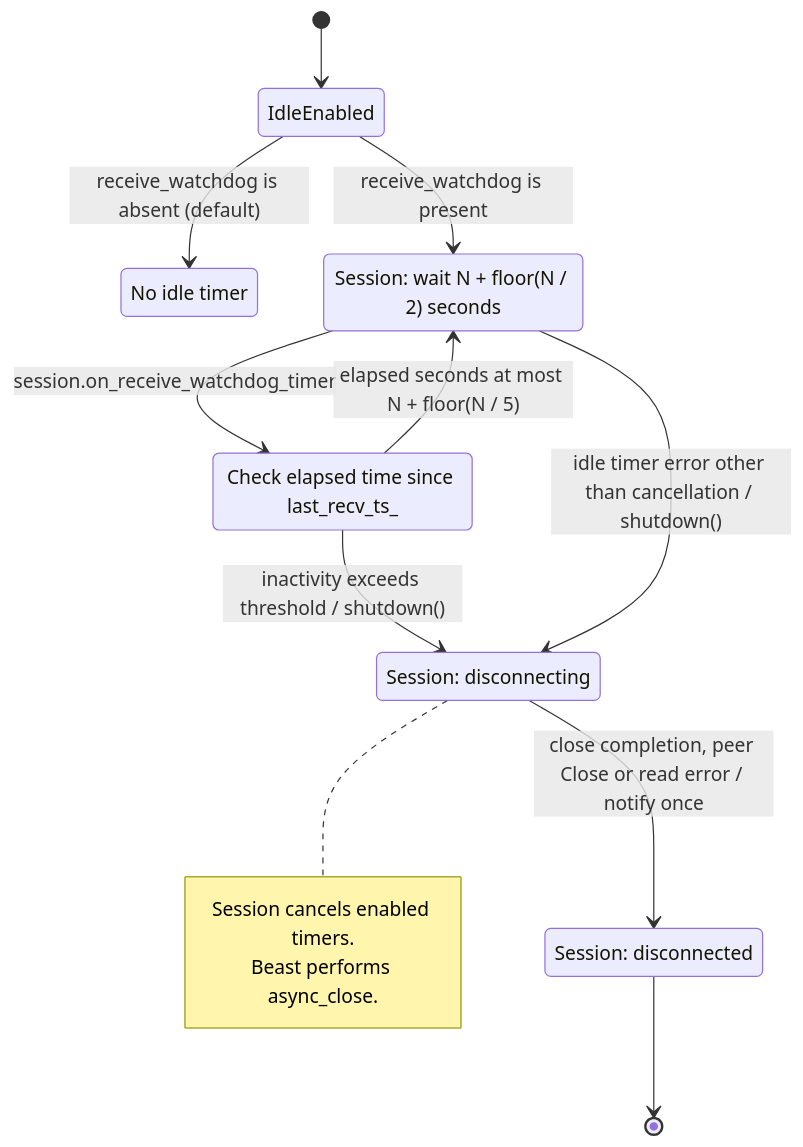
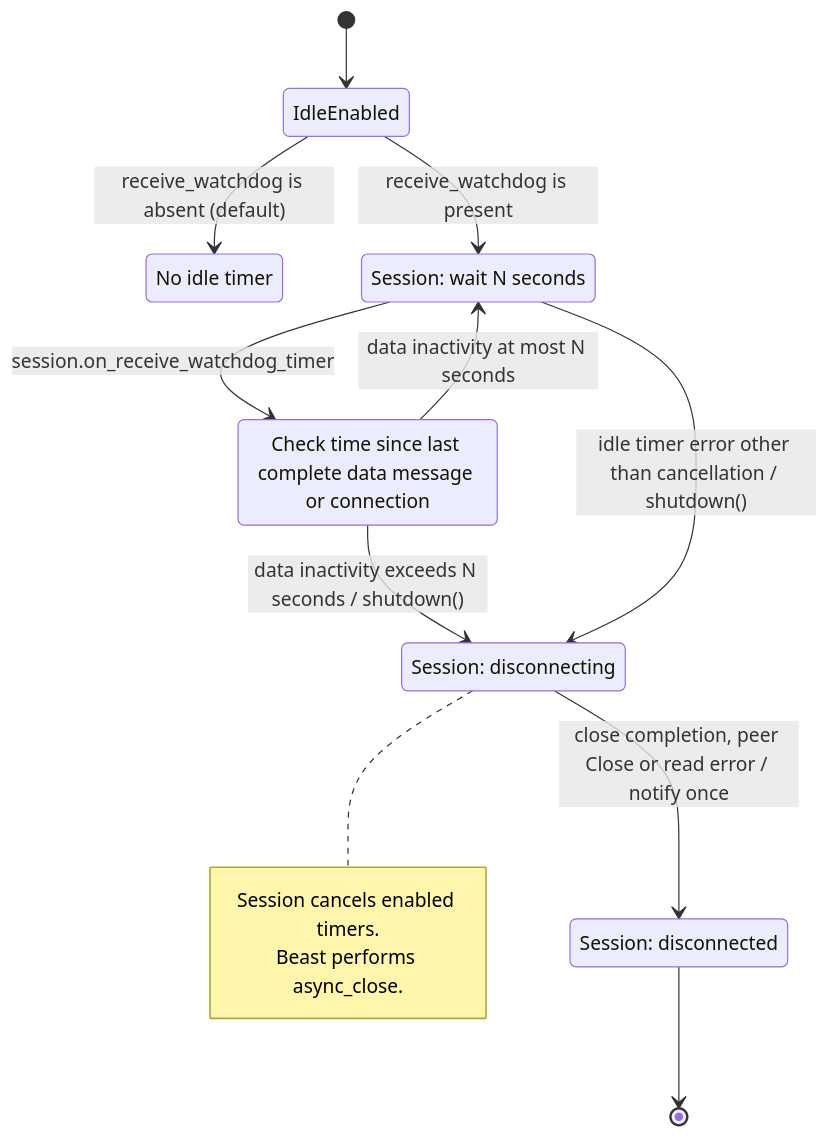
The third of 4 diagrams in core/asio_comm/ping_work.md (nomisma-labs/asio_comm), drawn with Mermaid before and after one commit. The commit also changed other lines of this file and 11 other files, not shown here.

````diff
--- a/core/asio_comm/ping_work.md
+++ b/core/asio_comm/ping_work.md
@@ -150,22 +150,22 @@
 ```mermaid
 stateDiagram-v2
     [*] --> IdleEnabled
     state IdleEnabled <<choice>>
     state "No idle timer" as IdleOff
     IdleEnabled --> IdleOff : receive_watchdog is absent (default)
     IdleEnabled --> IdleWait : receive_watchdog is present
-    state "Session: wait N + floor(N / 2) seconds" as IdleWait
-    state "Check elapsed time since last_recv_ts_" as IdleCheck
+    state "Session: wait N seconds" as IdleWait
+    state "Check time since last complete data message or connection" as IdleCheck
     state "Session: disconnecting" as Disconnecting
     state "Session: disconnected" as Disconnected
     IdleWait --> IdleCheck : session.on_receive_watchdog_timer
-    IdleCheck --> IdleWait : elapsed seconds at most N + floor(N / 5)
-    IdleCheck --> Disconnecting : inactivity exceeds threshold / shutdown()
+    IdleCheck --> IdleWait : data inactivity at most N seconds
+    IdleCheck --> Disconnecting : data inactivity exceeds N seconds / shutdown()
     IdleWait --> Disconnecting : idle timer error other than cancellation / shutdown()
     note right of Disconnecting
         Session cancels enabled timers.
         Beast performs async_close.
     end note
     Disconnecting --> Disconnected : close completion, peer Close or read error / notify once
     Disconnected --> [*]
 ```
````
